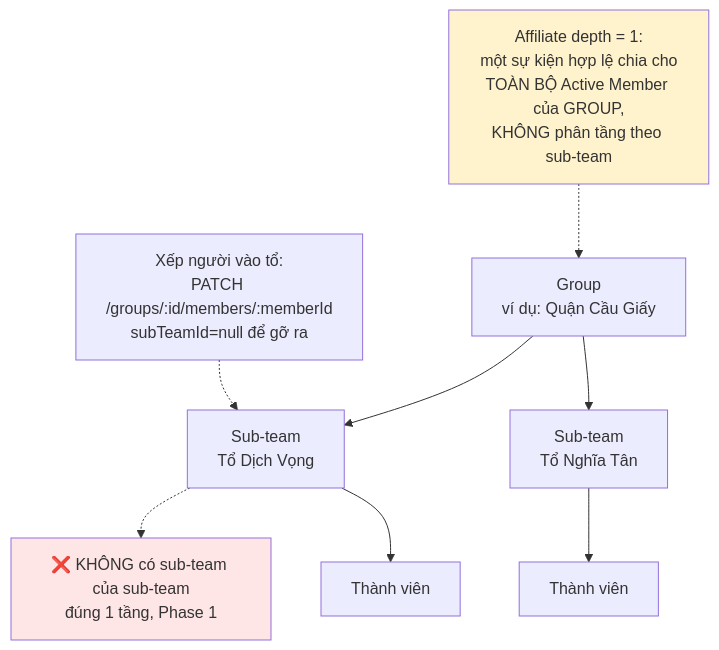
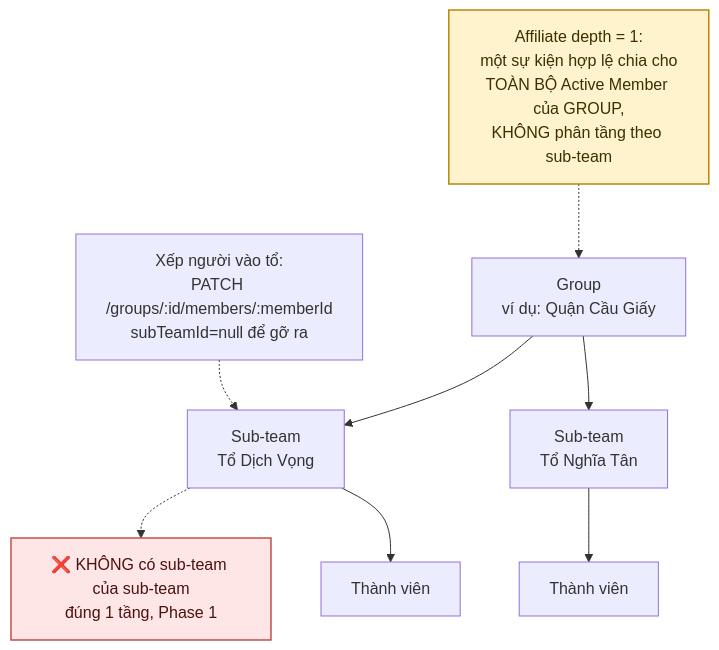
The sixth of 6 diagrams in docs/diagram/18-group.md (fdshn/trueheart), drawn with Mermaid before and after one commit. The commit also changed other lines of this file and 30 other files, not shown here.

First line of the commit message:
docs(diagram): chữ trong khối tô màu đọc được ở cả giao diện sáng và tối

````diff
--- a/docs/diagram/18-group.md
+++ b/docs/diagram/18-group.md
@@ -152,16 +152,16 @@
 ```mermaid
 flowchart TD
     G["Group<br/>ví dụ: Quận Cầu Giấy"] --> S1["Sub-team<br/>Tổ Dịch Vọng"]
     G --> S2["Sub-team<br/>Tổ Nghĩa Tân"]
     S1 -.-> X["❌ KHÔNG có sub-team của sub-team<br/>đúng 1 tầng, Phase 1"]
 
     S1 --> M1[Thành viên]
     S2 --> M2[Thành viên]
 
     Z["Xếp người vào tổ:<br/>PATCH /groups/:id/members/:memberId<br/>subTeamId=null để gỡ ra"] -.-> S1
 
     Y["Affiliate depth = 1:<br/>một sự kiện hợp lệ chia cho<br/>TOÀN BỘ Active Member của GROUP,<br/>KHÔNG phân tầng theo sub-team"] -.-> G
 
-    style X fill:#ffe6e6
-    style Y fill:#fff3cd
+    style X fill:#ffe6e6,stroke:#c0504d,stroke-width:1.5px,color:#4a1210
+    style Y fill:#fff3cd,stroke:#b8860b,stroke-width:1.5px,color:#3d2f00
 ```
````
